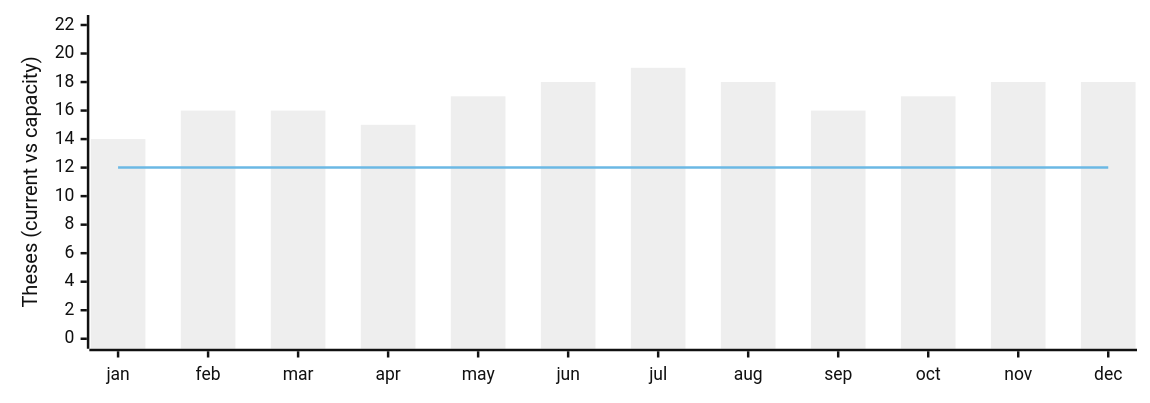
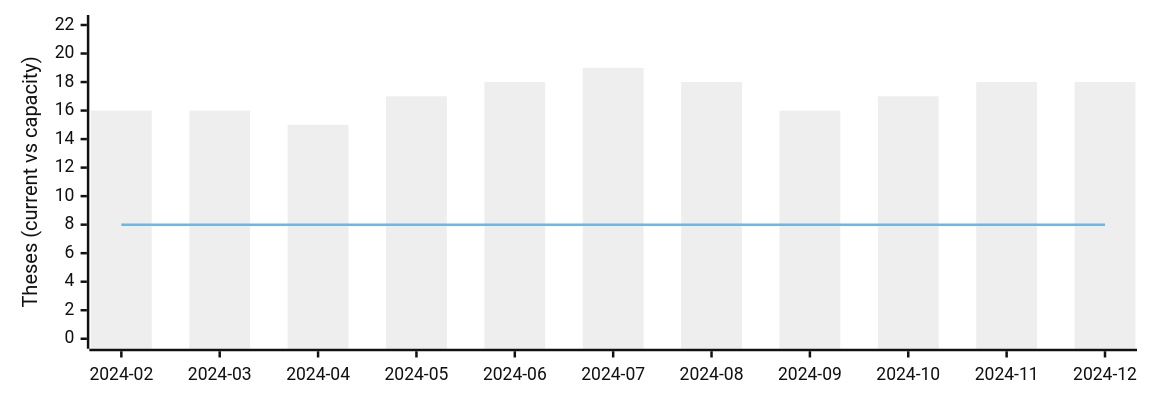
One commit to digital-work-lab/theses changed the diagram in _includes/availability.md. Above: the diagram before and after it, drawn with Mermaid (neutral theme). The commit also changed 1 other file, not shown here.

Commit message:
update availability

````diff
--- a/_includes/availability.md
+++ b/_includes/availability.md
@@ -2,13 +2,13 @@
 ```mermaid
 ---
 config:
     xyChart:
         width: 900
         height: 300
 ---
 xychart-beta
-    x-axis [jan, feb, mar, apr, may, jun, jul, aug, sep, oct, nov, dec]
+    x-axis [2024-02, 2024-03, 2024-04, 2024-05, 2024-06, 2024-07, 2024-08, 2024-09, 2024-10, 2024-11, 2024-12]
     y-axis "Theses (current vs capacity)" 0 --> 22
-    bar [14, 16, 16, 15, 17, 18, 19, 18, 16, 17, 18, 18]
-    line [12,12,12,12,12,12,12,12,12,12,12,12]
+    bar [16, 16, 15, 17, 18, 19, 18, 16, 17, 18, 18]
+    line [8,8,8,8,8,8,8,8,8,8,8]
 ```
````
